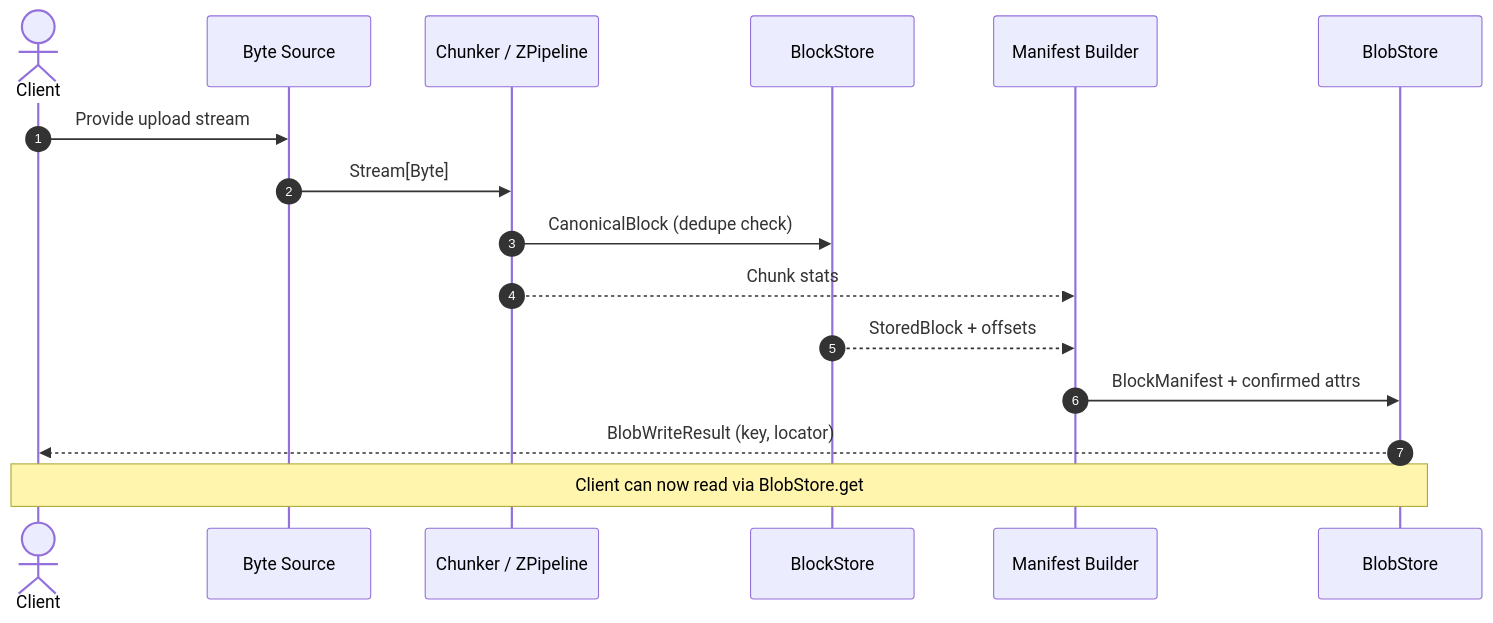
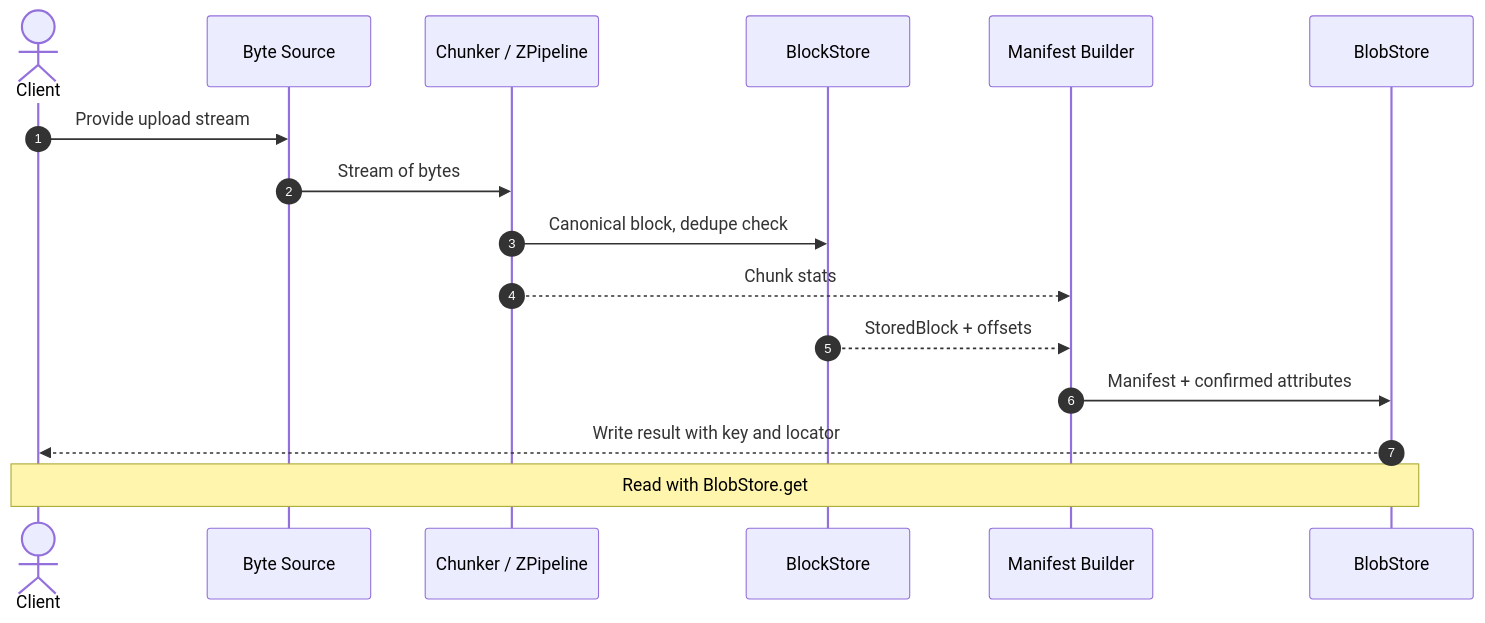
The diagram in docs/guide/binary-streaming.md (AdrielC/graviton), drawn with Mermaid before and after one commit. The commit also changed 2 other files, not shown here.

Commit message:
Prevent Mermaid diagnostics from corrupting docs

````diff
--- a/docs/guide/binary-streaming.md
+++ b/docs/guide/binary-streaming.md
@@ -17,19 +17,19 @@
 ```mermaid
 sequenceDiagram
   autonumber
   actor Client
   participant Src as Byte Source
   participant Chunker as Chunker / ZPipeline
   participant Blocks as BlockStore
   participant Manifest as Manifest Builder
   participant Blob as BlobStore
 
   Client->>Src: Provide upload stream
-  Src->>Chunker: Stream[Byte]
-  Chunker->>Blocks: CanonicalBlock (dedupe check)
+  Src->>Chunker: Stream of bytes
+  Chunker->>Blocks: Canonical block, dedupe check
   Chunker-->>Manifest: Chunk stats
   Blocks-->>Manifest: StoredBlock + offsets
-  Manifest->>Blob: BlockManifest + confirmed attrs
-  Blob-->>Client: BlobWriteResult (key, locator)
-  note over Client,Blob: Client can now read via BlobStore.get
+  Manifest->>Blob: Manifest + confirmed attributes
+  Blob-->>Client: Write result with key and locator
+  Note over Client,Blob: Read with BlobStore.get
 ```
````
